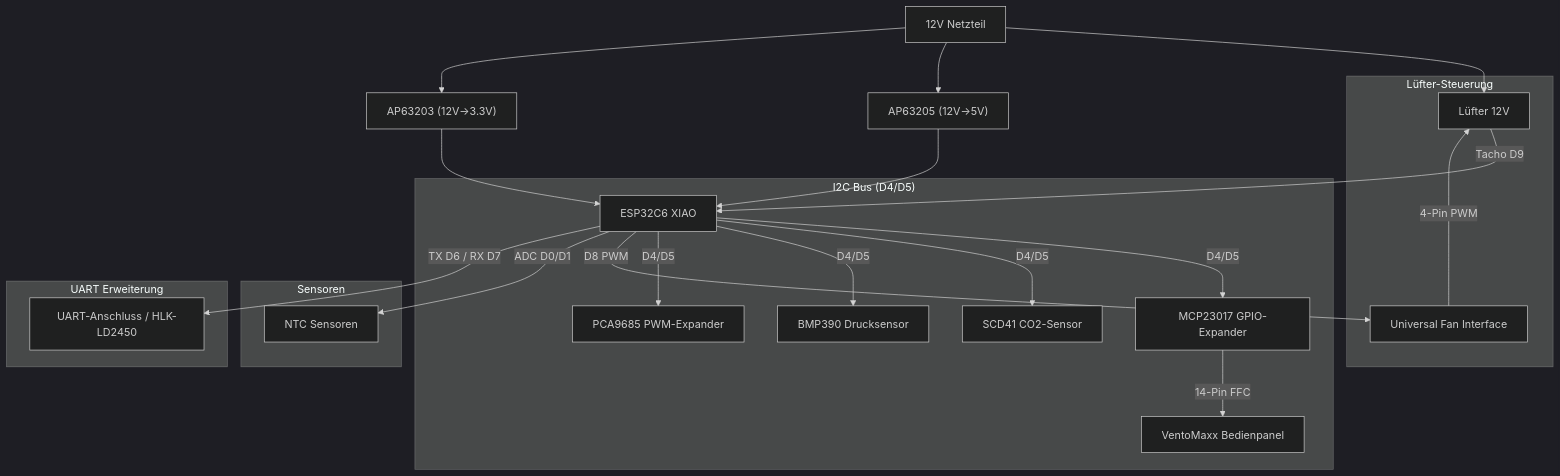
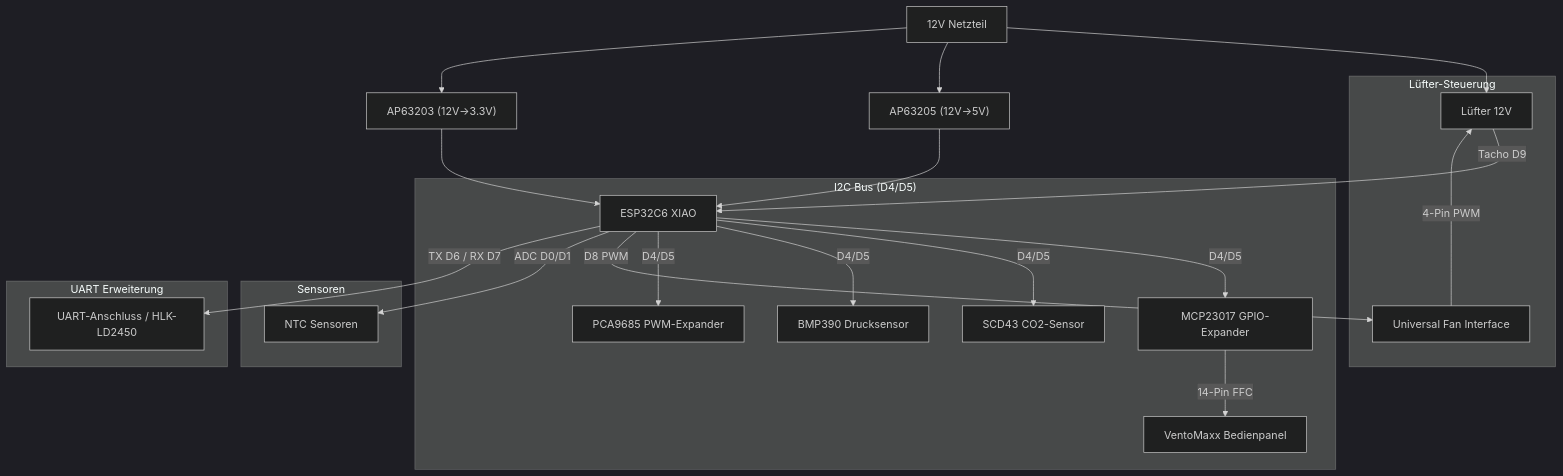
One commit to thomasengeroff-dotcom/ESPHome-Wohnraumlueftung changed the diagram in documentation/de/de_hardware-and-wiring.md. Above: the diagram before and after it, drawn with Mermaid (dark theme). The commit also changed other lines of this file and 29 other files, not shown here.

````diff
--- a/documentation/de/de_hardware-and-wiring.md
+++ b/documentation/de/de_hardware-and-wiring.md
@@ -69,30 +69,30 @@
 ```mermaid
 graph TD
     PSU[12V Netzteil] --> FAN[Lüfter Motor]
     PSU --> AP5V["AP63205 (12V→5V)"]
     PSU --> AP3V["AP63203 (12V→3.3V)"]
     AP5V --> XIAO[ESP32C6 XIAO]
     AP3V --> XIAO
 
     subgraph Digital_Bus_I2C ["I2C Bus (D4/D5)"]
     XIAO -->|D4/D5| MCP[MCP23017 GPIO-Expander]
-    XIAO -->|D4/D5| SCD41[SCD41 CO2-Sensor]
+    XIAO -->|D4/D5| SCD43[SCD43 CO2-Sensor]
     XIAO -->|D4/D5| BMP390[BMP390 Drucksensor]
     XIAO -->|D4/D5| PCA9685[PCA9685 PWM-Expander]
     MCP -->|14-Pin FFC| PANEL[VentoMaxx Bedienpanel]
     end
 
     subgraph Power_Fan ["Lüfter-Steuerung"]
     XIAO -->|D8 PWM| FAN_CTRL[Universal Fan Interface]
     FAN_CTRL -->|4-Pin PWM| FAN[Lüfter 12V]
     FAN -->|Tacho D9| XIAO
     end
 
     subgraph Sensors ["Sensoren"]
     XIAO -->|ADC D0/D1| NTCS[NTC Sensoren]
     end
 
     subgraph UART_EXT ["UART Erweiterung"]
     XIAO -->|TX D6 / RX D7| UART_CON[UART-Anschluss / HLK-LD2450]
     end
 ```
````
